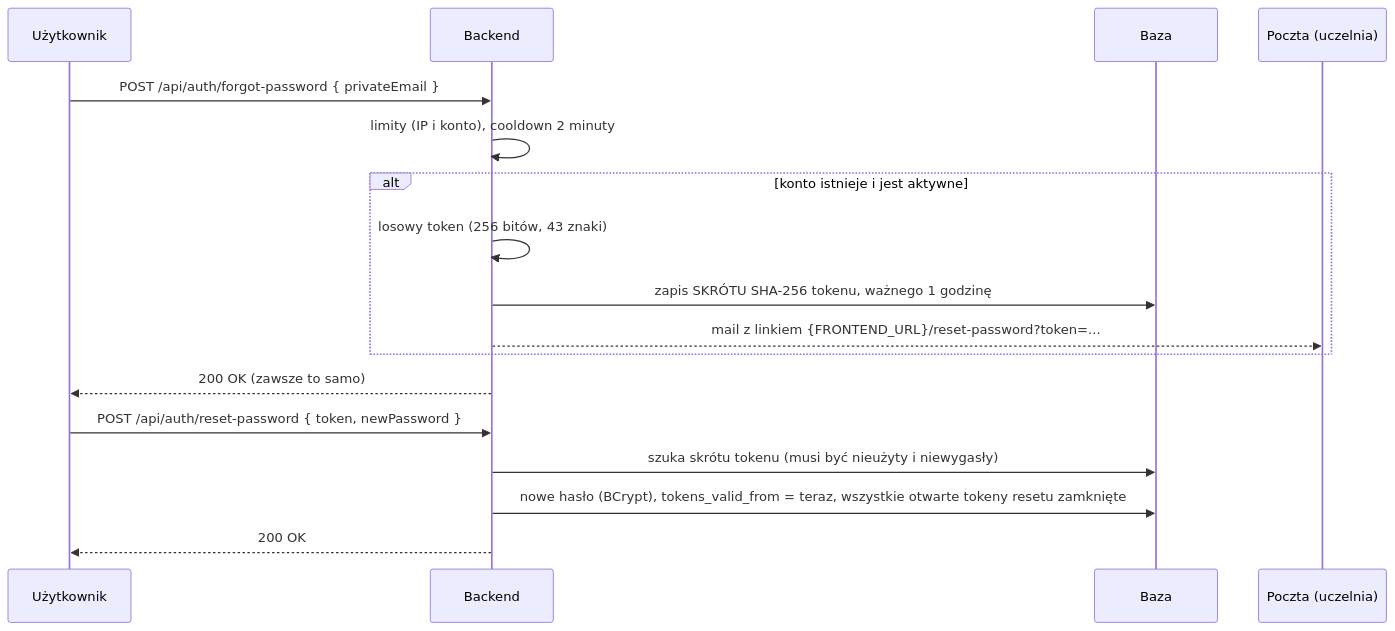
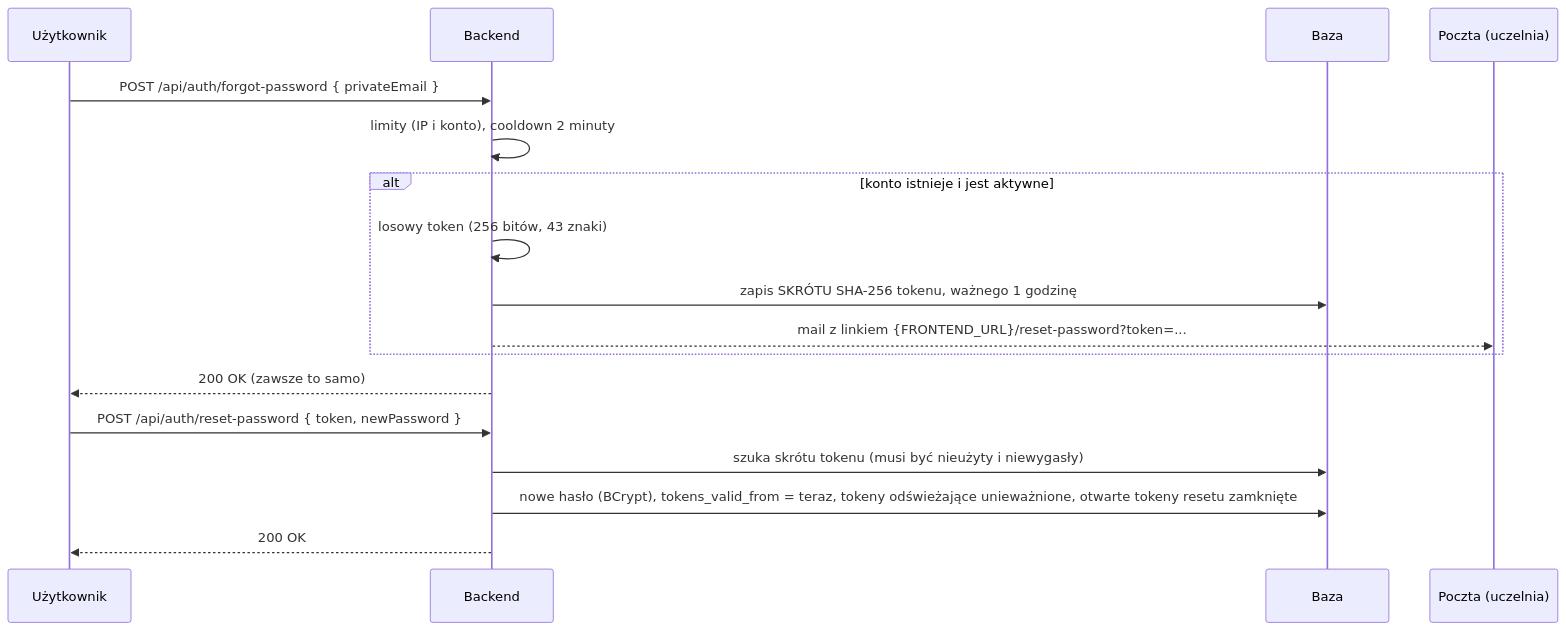
The fourth of 4 diagrams in docs/03-bezpieczenstwo-i-konta.md (YellowHand/tutlaw-backend), drawn with Mermaid before and after one commit. The commit also changed other lines of this file and 82 other files, not shown here.

````diff
--- a/docs/03-bezpieczenstwo-i-konta.md
+++ b/docs/03-bezpieczenstwo-i-konta.md
@@ -124,20 +171,20 @@
 ```mermaid
 sequenceDiagram
     participant U as Użytkownik
     participant B as Backend
     participant DB as Baza
     participant M as Poczta (uczelnia)
 
     U->>B: POST /api/auth/forgot-password { privateEmail }
     B->>B: limity (IP i konto), cooldown 2 minuty
     alt konto istnieje i jest aktywne
         B->>B: losowy token (256 bitów, 43 znaki)
         B->>DB: zapis SKRÓTU SHA-256 tokenu, ważnego 1 godzinę
         B-->>M: mail z linkiem {FRONTEND_URL}/reset-password?token=...
     end
     B-->>U: 200 OK (zawsze to samo)
     U->>B: POST /api/auth/reset-password { token, newPassword }
     B->>DB: szuka skrótu tokenu (musi być nieużyty i niewygasły)
-    B->>DB: nowe hasło (BCrypt), tokens_valid_from = teraz, wszystkie otwarte tokeny resetu zamknięte
+    B->>DB: nowe hasło (BCrypt), tokens_valid_from = teraz, tokeny odświeżające unieważnione, otwarte tokeny resetu zamknięte
     B-->>U: 200 OK
 ```
````
